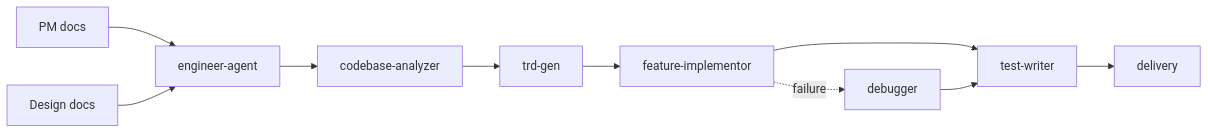
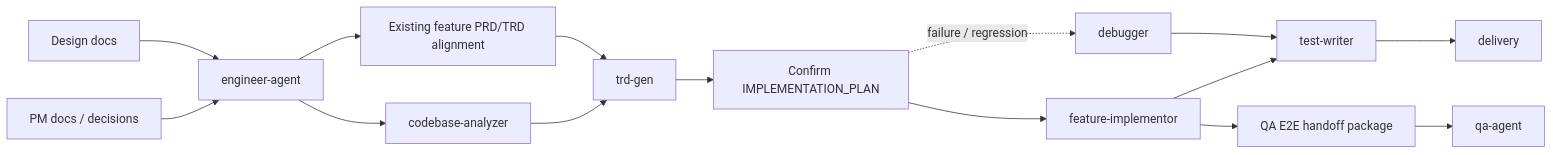
Before and after one commit to Neplich/dev-agent-skills: the diagram in agents/engineer/README.md, drawn with Mermaid. The commit also changed 3 other files, not shown here.

````diff
--- a/agents/engineer/README.md
+++ b/agents/engineer/README.md
@@ -48,12 +48,17 @@
 ```mermaid
 flowchart LR
-    PM["PM docs"] --> Engineer["engineer-agent"]
+    PM["PM docs / decisions"] --> Engineer["engineer-agent"]
     Design["Design docs"] --> Engineer
     Engineer --> Analyze["codebase-analyzer"]
+    Engineer --> Align["Existing feature PRD/TRD alignment"]
     Analyze --> TRD["trd-gen"]
-    TRD --> Implement["feature-implementor"]
+    Align --> TRD
+    TRD --> Plan["Confirm IMPLEMENTATION_PLAN"]
+    Plan --> Implement["feature-implementor"]
+    Plan -. "failure / regression" .-> Debug["debugger"]
     Implement --> Test["test-writer"]
+    Debug --> Test
+    Implement --> QAHandOff["QA E2E handoff package"]
+    QAHandOff --> QA["qa-agent"]
     Test --> Delivery["delivery"]
-    Implement -. failure .-> Debug["debugger"]
-    Debug --> Test
 ```
````
